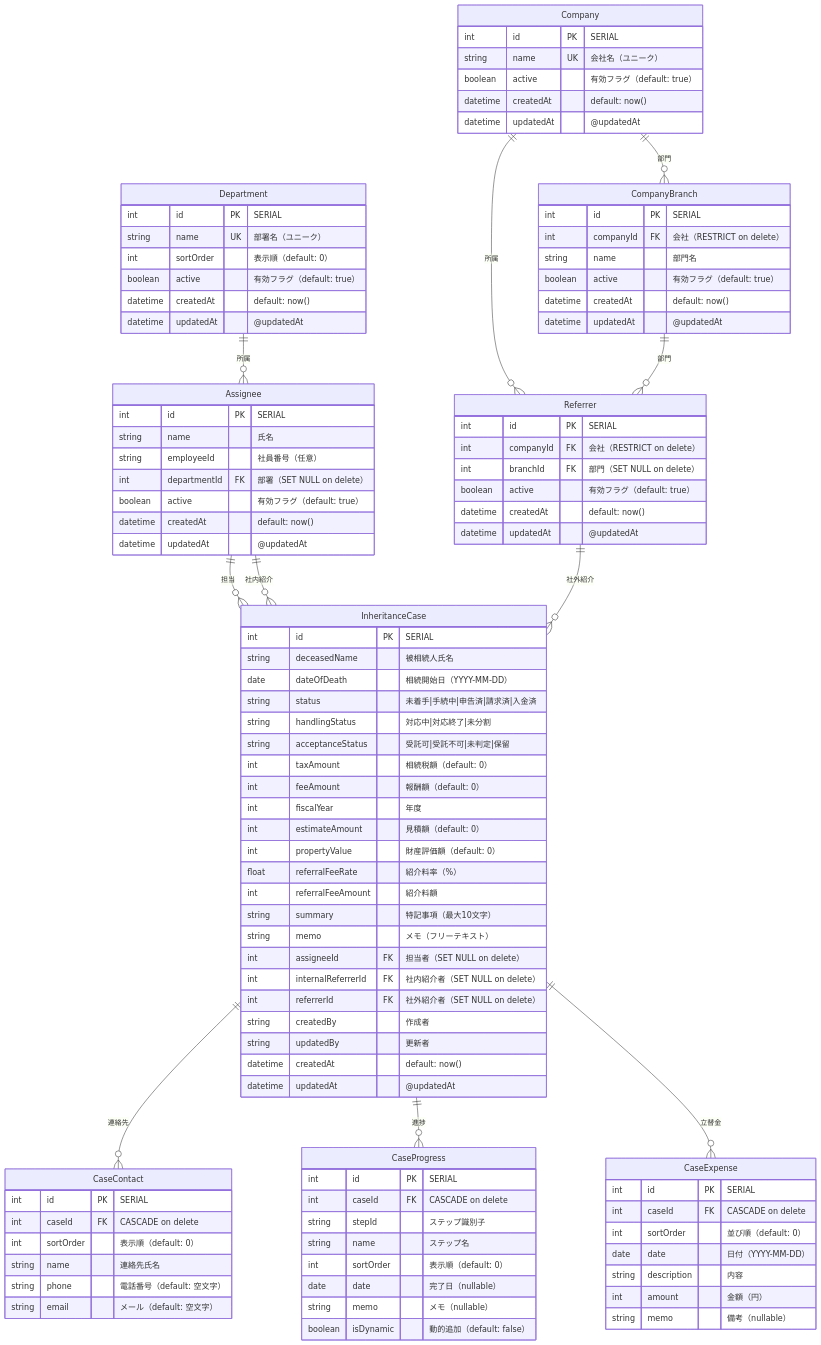
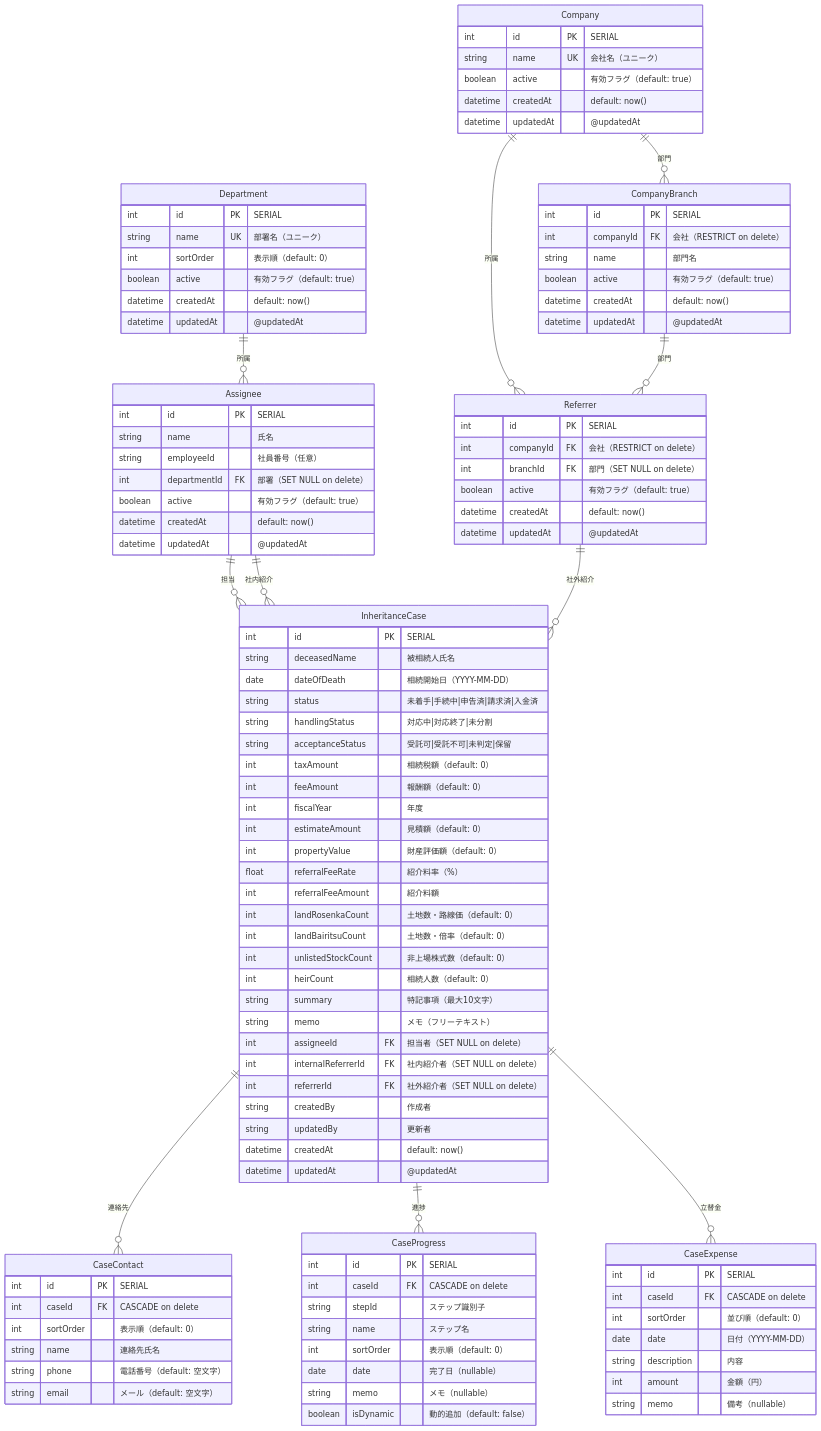
One commit to kojima1978/tax_apps changed the diagram in apps/inheritance-case-management/docs/database_schema.md. Above: the diagram before and after it, drawn with Mermaid. The commit also changed other lines of this file and 27 other files, not shown here.

```diff
--- a/apps/inheritance-case-management/docs/database_schema.md
+++ b/apps/inheritance-case-management/docs/database_schema.md
@@ -74,6 +74,10 @@
         int propertyValue "財産評価額（default: 0）"
         float referralFeeRate "紹介料率（%）"
         int referralFeeAmount "紹介料額"
+        int landRosenkaCount "土地数・路線価（default: 0）"
+        int landBairitsuCount "土地数・倍率（default: 0）"
+        int unlistedStockCount "非上場株式数（default: 0）"
+        int heirCount "相続人数（default: 0）"
         string summary "特記事項（最大10文字）"
         string memo "メモ（フリーテキスト）"
         int assigneeId FK "担当者（SET NULL on delete）"
```
